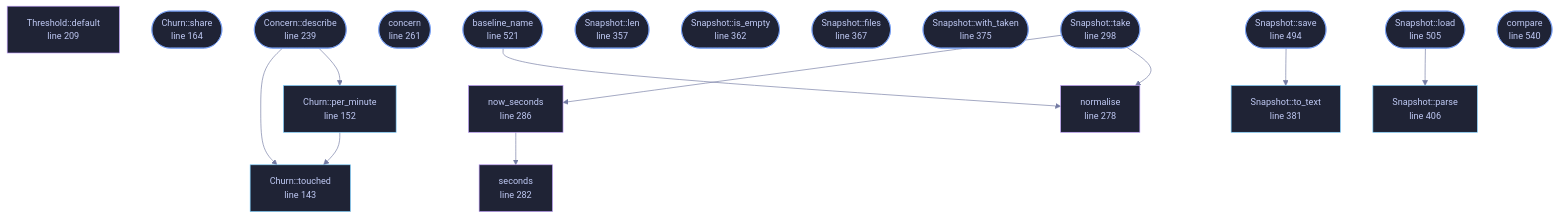
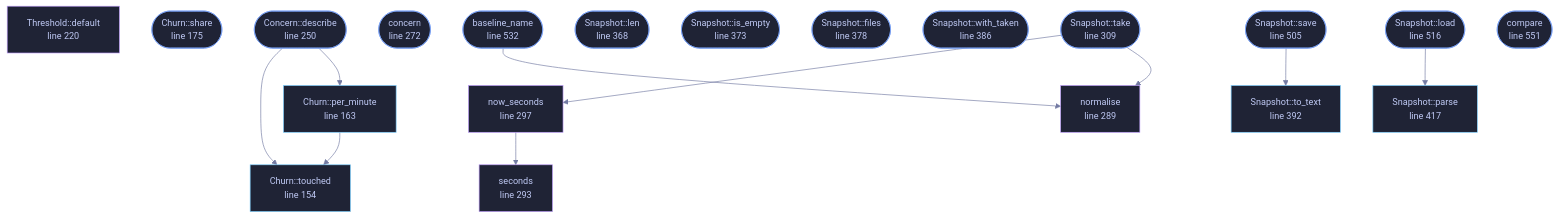
The diagram in wiki/File-veilvoice-sentry-rate.md (tilas01/veilvoice), drawn with Mermaid before and after one commit. The commit also changed other lines of this file and 487 other files, not shown here.

````diff
--- a/wiki/File-veilvoice-sentry-rate.md
+++ b/wiki/File-veilvoice-sentry-rate.md
@@ -128,63 +140,63 @@
 ```mermaid
 %%{init: {"theme":"base","themeVariables":{"background":"#1a1b26","primaryColor":"#1f2335","primaryTextColor":"#c0caf5","primaryBorderColor":"#7aa2f7","secondaryColor":"#16161e","tertiaryColor":"#16161e","lineColor":"#737aa2","textColor":"#c0caf5","mainBkg":"#1f2335","nodeBorder":"#7aa2f7","clusterBkg":"#16161e","clusterBorder":"#2f3549","fontFamily":"ui-monospace, SFMono-Regular, Consolas, monospace","fontSize":"14px"}}}%%
 flowchart TD
-    n_default["Limits::default<br/>line 99"]
-    n_touched["Churn::touched<br/>line 143"]
-    n_per_minute["Churn::per_minute<br/>line 152"]
-    n_share(["Churn::share<br/>line 164"])
-    n_describe(["Churn::describe<br/>line 173"])
-    n_default["Threshold::default<br/>line 209"]
-    n_describe(["Concern::describe<br/>line 239"])
-    n_concern(["concern<br/>line 261"])
-    n_normalise["normalise<br/>line 278"]
-    n_seconds["seconds<br/>line 282"]
-    n_now_seconds["now_seconds<br/>line 286"]
-    n_take(["Snapshot::take<br/>line 298"])
-    n_len(["Snapshot::len<br/>line 357"])
-    n_is_empty(["Snapshot::is_empty<br/>line 362"])
-    n_files(["Snapshot::files<br/>line 367"])
-    n_with_taken(["Snapshot::with_taken<br/>line 375"])
-    n_to_text["Snapshot::to_text<br/>line 381"]
-    n_parse["Snapshot::parse<br/>line 406"]
-    n_save(["Snapshot::save<br/>line 494"])
-    n_load(["Snapshot::load<br/>line 505"])
-    n_baseline_name(["baseline_name<br/>line 521"])
-    n_compare(["compare<br/>line 540"])
+    n_default["Limits::default<br/>line 110"]
+    n_touched["Churn::touched<br/>line 154"]
+    n_per_minute["Churn::per_minute<br/>line 163"]
+    n_share(["Churn::share<br/>line 175"])
+    n_describe(["Churn::describe<br/>line 184"])
+    n_default["Threshold::default<br/>line 220"]
+    n_describe(["Concern::describe<br/>line 250"])
+    n_concern(["concern<br/>line 272"])
+    n_normalise["normalise<br/>line 289"]
+    n_seconds["seconds<br/>line 293"]
+    n_now_seconds["now_seconds<br/>line 297"]
+    n_take(["Snapshot::take<br/>line 309"])
+    n_len(["Snapshot::len<br/>line 368"])
+    n_is_empty(["Snapshot::is_empty<br/>line 373"])
+    n_files(["Snapshot::files<br/>line 378"])
+    n_with_taken(["Snapshot::with_taken<br/>line 386"])
+    n_to_text["Snapshot::to_text<br/>line 392"]
+    n_parse["Snapshot::parse<br/>line 417"]
+    n_save(["Snapshot::save<br/>line 505"])
+    n_load(["Snapshot::load<br/>line 516"])
+    n_baseline_name(["baseline_name<br/>line 532"])
+    n_compare(["compare<br/>line 551"])
     n_baseline_name --> n_normalise
     n_describe --> n_per_minute
     n_describe --> n_touched
     n_load --> n_parse
     n_now_seconds --> n_seconds
     n_per_minute --> n_touched
     n_save --> n_to_text
     n_take --> n_normalise
     n_take --> n_now_seconds
-    click n_default href "https://github.com/tilas01/veilvoice/blob/main/crates/veilvoice-sentry/src/rate.rs#L99" "open the source"
-    click n_touched href "https://github.com/tilas01/veilvoice/blob/main/crates/veilvoice-sentry/src/rate.rs#L143" "open the source"
-    click n_per_minute href "https://github.com/tilas01/veilvoice/blob/main/crates/veilvoice-sentry/src/rate.rs#L152" "open the source"
-    click n_share href "https://github.com/tilas01/veilvoice/blob/main/crates/veilvoice-sentry/src/rate.rs#L164" "open the source"
-    click n_describe href "https://github.com/tilas01/veilvoice/blob/main/crates/veilvoice-sentry/src/rate.rs#L173" "open the source"
-    click n_default href "https://github.com/tilas01/veilvoice/blob/main/crates/veilvoice-sentry/src/rate.rs#L209" "open the source"
-    click n_describe href "https://github.com/tilas01/veilvoice/blob/main/crates/veilvoice-sentry/src/rate.rs#L239" "open the source"
-    click n_concern href "https://github.com/tilas01/veilvoice/blob/main/crates/veilvoice-sentry/src/rate.rs#L261" "open the source"
-    click n_normalise href "https://github.com/tilas01/veilvoice/blob/main/crates/veilvoice-sentry/src/rate.rs#L278" "open the source"
-    click n_seconds href "https://github.com/tilas01/veilvoice/blob/main/crates/veilvoice-sentry/src/rate.rs#L282" "open the source"
-    click n_now_seconds href "https://github.com/tilas01/veilvoice/blob/main/crates/veilvoice-sentry/src/rate.rs#L286" "open the source"
-    click n_take href "https://github.com/tilas01/veilvoice/blob/main/crates/veilvoice-sentry/src/rate.rs#L298" "open the source"
-    click n_len href "https://github.com/tilas01/veilvoice/blob/main/crates/veilvoice-sentry/src/rate.rs#L357" "open the source"
-    click n_is_empty href "https://github.com/tilas01/veilvoice/blob/main/crates/veilvoice-sentry/src/rate.rs#L362" "open the source"
-    click n_files href "https://github.com/tilas01/veilvoice/blob/main/crates/veilvoice-sentry/src/rate.rs#L367" "open the source"
-    click n_with_taken href "https://github.com/tilas01/veilvoice/blob/main/crates/veilvoice-sentry/src/rate.rs#L375" "open the source"
-    click n_to_text href "https://github.com/tilas01/veilvoice/blob/main/crates/veilvoice-sentry/src/rate.rs#L381" "open the source"
-    click n_parse href "https://github.com/tilas01/veilvoice/blob/main/crates/veilvoice-sentry/src/rate.rs#L406" "open the source"
-    click n_save href "https://github.com/tilas01/veilvoice/blob/main/crates/veilvoice-sentry/src/rate.rs#L494" "open the source"
-    click n_load href "https://github.com/tilas01/veilvoice/blob/main/crates/veilvoice-sentry/src/rate.rs#L505" "open the source"
-    click n_baseline_name href "https://github.com/tilas01/veilvoice/blob/main/crates/veilvoice-sentry/src/rate.rs#L521" "open the source"
-    click n_compare href "https://github.com/tilas01/veilvoice/blob/main/crates/veilvoice-sentry/src/rate.rs#L540" "open the source"
+    click n_default href "https://github.com/tilas01/veilvoice/blob/main/crates/veilvoice-sentry/src/rate.rs#L110" "open the source"
+    click n_touched href "https://github.com/tilas01/veilvoice/blob/main/crates/veilvoice-sentry/src/rate.rs#L154" "open the source"
+    click n_per_minute href "https://github.com/tilas01/veilvoice/blob/main/crates/veilvoice-sentry/src/rate.rs#L163" "open the source"
+    click n_share href "https://github.com/tilas01/veilvoice/blob/main/crates/veilvoice-sentry/src/rate.rs#L175" "open the source"
+    click n_describe href "https://github.com/tilas01/veilvoice/blob/main/crates/veilvoice-sentry/src/rate.rs#L184" "open the source"
+    click n_default href "https://github.com/tilas01/veilvoice/blob/main/crates/veilvoice-sentry/src/rate.rs#L220" "open the source"
+    click n_describe href "https://github.com/tilas01/veilvoice/blob/main/crates/veilvoice-sentry/src/rate.rs#L250" "open the source"
+    click n_concern href "https://github.com/tilas01/veilvoice/blob/main/crates/veilvoice-sentry/src/rate.rs#L272" "open the source"
+    click n_normalise href "https://github.com/tilas01/veilvoice/blob/main/crates/veilvoice-sentry/src/rate.rs#L289" "open the source"
+    click n_seconds href "https://github.com/tilas01/veilvoice/blob/main/crates/veilvoice-sentry/src/rate.rs#L293" "open the source"
+    click n_now_seconds href "https://github.com/tilas01/veilvoice/blob/main/crates/veilvoice-sentry/src/rate.rs#L297" "open the source"
+    click n_take href "https://github.com/tilas01/veilvoice/blob/main/crates/veilvoice-sentry/src/rate.rs#L309" "open the source"
+    click n_len href "https://github.com/tilas01/veilvoice/blob/main/crates/veilvoice-sentry/src/rate.rs#L368" "open the source"
+    click n_is_empty href "https://github.com/tilas01/veilvoice/blob/main/crates/veilvoice-sentry/src/rate.rs#L373" "open the source"
+    click n_files href "https://github.com/tilas01/veilvoice/blob/main/crates/veilvoice-sentry/src/rate.rs#L378" "open the source"
+    click n_with_taken href "https://github.com/tilas01/veilvoice/blob/main/crates/veilvoice-sentry/src/rate.rs#L386" "open the source"
+    click n_to_text href "https://github.com/tilas01/veilvoice/blob/main/crates/veilvoice-sentry/src/rate.rs#L392" "open the source"
+    click n_parse href "https://github.com/tilas01/veilvoice/blob/main/crates/veilvoice-sentry/src/rate.rs#L417" "open the source"
+    click n_save href "https://github.com/tilas01/veilvoice/blob/main/crates/veilvoice-sentry/src/rate.rs#L505" "open the source"
+    click n_load href "https://github.com/tilas01/veilvoice/blob/main/crates/veilvoice-sentry/src/rate.rs#L516" "open the source"
+    click n_baseline_name href "https://github.com/tilas01/veilvoice/blob/main/crates/veilvoice-sentry/src/rate.rs#L532" "open the source"
+    click n_compare href "https://github.com/tilas01/veilvoice/blob/main/crates/veilvoice-sentry/src/rate.rs#L551" "open the source"
     classDef entry fill:#1f2335,stroke:#7aa2f7,color:#c0caf5
     class n_share,n_describe,n_describe,n_concern,n_take,n_len,n_is_empty,n_files,n_with_taken,n_save,n_load,n_baseline_name,n_compare entry
     classDef api fill:#1f2335,stroke:#7dcfff,color:#c0caf5
     class n_touched,n_per_minute,n_to_text,n_parse api
     classDef helper fill:#1f2335,stroke:#bb9af7,color:#c0caf5
     class n_default,n_default,n_normalise,n_seconds,n_now_seconds helper
 ```
````
